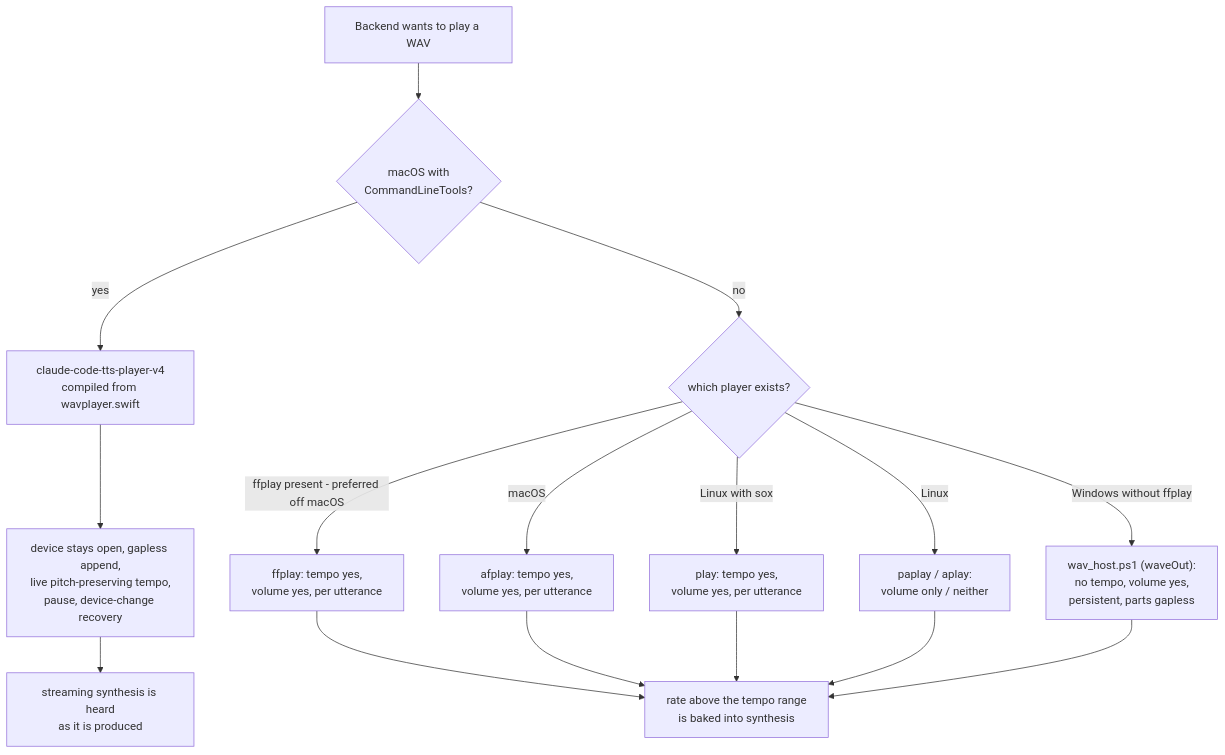
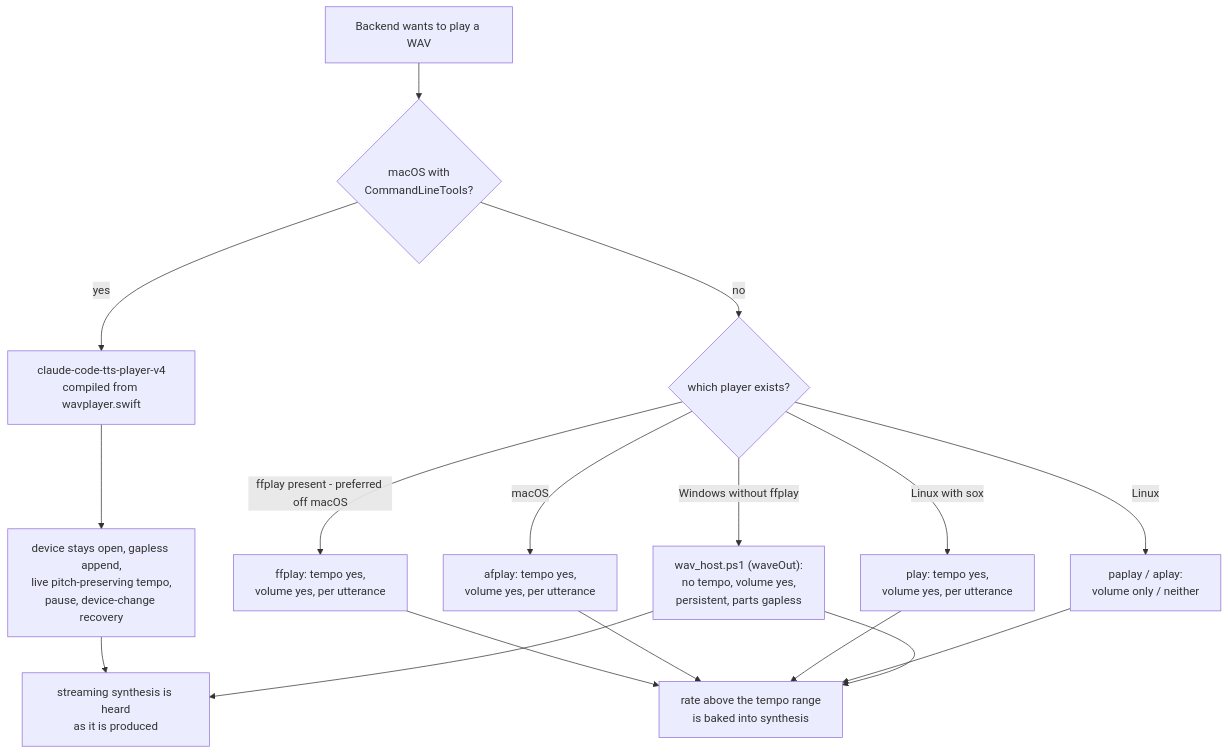
Before and after one commit to giladreich/claude-code-tts: the ninth of 10 diagrams in docs/ARCHITECTURE.md, drawn with Mermaid. The commit also changed other lines of this file and 15 other files, not shown here.

````diff
--- a/docs/ARCHITECTURE.md
+++ b/docs/ARCHITECTURE.md
@@ -190,18 +190,19 @@
 ```mermaid
 flowchart TD
     A["Backend wants to play a WAV"] --> B{"macOS with<br/>CommandLineTools?"}
     B -->|yes| C["claude-code-tts-player-v4<br/>compiled from wavplayer.swift"]
     C --> C1["device stays open, gapless append,<br/>live pitch-preserving tempo,<br/>pause, device-change recovery"]
     B -->|no| D{"which player exists?"}
     D -->|macOS| E["afplay: tempo yes,<br/>volume yes, per utterance"]
     D -->|"ffplay present - preferred off macOS"| FF["ffplay: tempo yes,<br/>volume yes, per utterance"]
     D -->|Linux with sox| F["play: tempo yes,<br/>volume yes, per utterance"]
     D -->|Linux| G["paplay / aplay:<br/>volume only / neither"]
     D -->|Windows without ffplay| H["wav_host.ps1 (waveOut):<br/>no tempo, volume yes,<br/>persistent, parts gapless"]
     FF --> I
     E --> I["rate above the tempo range<br/>is baked into synthesis"]
     F --> I
     G --> I
     H --> I
     C1 --> J["streaming synthesis is heard<br/>as it is produced"]
+    H --> J
 ```
````
